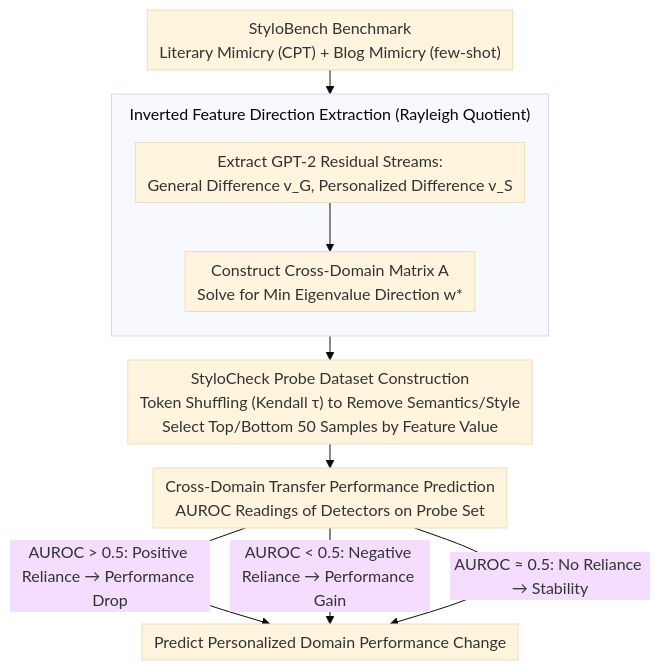
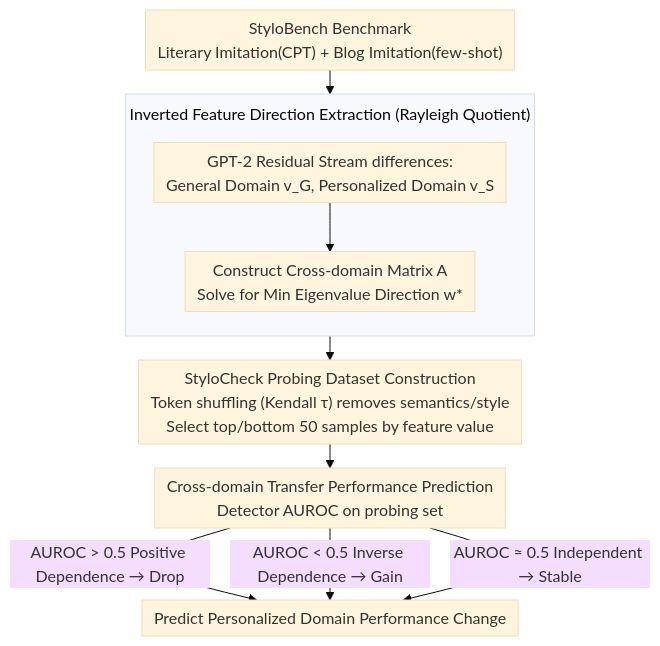
One commit to zhaoyang97/Paper-Notes-en changed the diagram in docs/ACL2026/aigc_detection/when_personalization_tricks_detectors_the_feature-inversion_trap_in_machine-gene.md. Above: the diagram before and after it, drawn with Mermaid (base theme). The commit also changed other lines of this file and 5084 other files, not shown here.

````diff
--- a/docs/ACL2026/aigc_detection/when_personalization_tricks_detectors_the_feature-inversion_trap_in_machine-gene.md
+++ b/docs/ACL2026/aigc_detection/when_personalization_tricks_detectors_the_feature-inversion_trap_in_machine-gene.md
@@ -44,15 +44,15 @@
 ```mermaid
 %%{init: {'flowchart': {'rankSpacing': 24, 'nodeSpacing': 28, 'padding': 6, 'wrappingWidth': 400, 'subGraphTitleMargin': {'top': 8, 'bottom': 16}}}}%%
 flowchart TD
-    A["StyloBench Benchmark<br/>Literary Mimicry (CPT) + Blog Mimicry (few-shot)"]
+    A["StyloBench Benchmark<br/>Literary Imitation(CPT) + Blog Imitation(few-shot)"]
     subgraph S1["Inverted Feature Direction Extraction (Rayleigh Quotient)"]
         direction TB
-        B["Extract GPT-2 Residual Streams:<br/>General Difference v_G, Personalized Difference v_S"] --> C["Construct Cross-Domain Matrix A<br/>Solve for Min Eigenvalue Direction w*"]
+        B["GPT-2 Residual Stream differences:<br/>General Domain v_G, Personalized Domain v_S"] --> C["Construct Cross-domain Matrix A<br/>Solve for Min Eigenvalue Direction w*"]
     end
     A --> S1
-    S1 --> E["StyloCheck Probe Dataset Construction<br/>Token Shuffling (Kendall τ) to Remove Semantics/Style<br/>Select Top/Bottom 50 Samples by Feature Value"]
-    E --> F["Cross-Domain Transfer Performance Prediction<br/>AUROC Readings of Detectors on Probe Set"]
-    F -->|"AUROC > 0.5: Positive Reliance → Performance Drop"| G["Predict Personalized Domain Performance Change"]
-    F -->|"AUROC < 0.5: Negative Reliance → Performance Gain"| G
-    F -->|"AUROC ≈ 0.5: No Reliance → Stability"| G
+    S1 --> E["StyloCheck Probing Dataset Construction<br/>Token shuffling (Kendall τ) removes semantics/style<br/>Select top/bottom 50 samples by feature value"]
+    E --> F["Cross-domain Transfer Performance Prediction<br/>Detector AUROC on probing set"]
+    F -->|"AUROC > 0.5 Positive Dependence → Drop"| G["Predict Personalized Domain Performance Change"]
+    F -->|"AUROC < 0.5 Inverse Dependence → Gain"| G
+    F -->|"AUROC ≈ 0.5 Independent → Stable"| G
 ```
````
